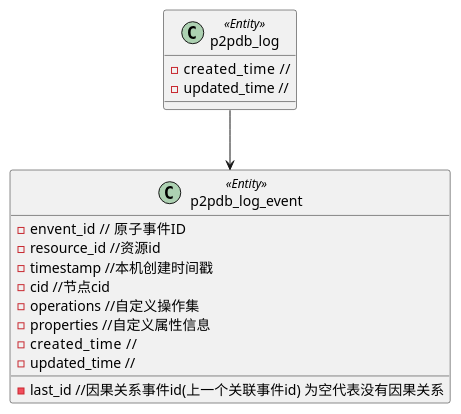
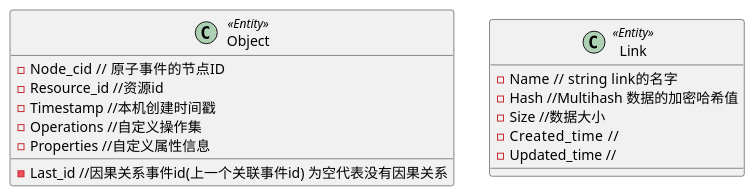
Before and after one commit to Rock-Lee-520/p2pdb-log: the diagram in doc/entity/db.puml, drawn with PlantUML. The commit also changed 11 other files, not shown here.

```diff
--- a/doc/entity/db.puml
+++ b/doc/entity/db.puml
@@ -1,20 +1,21 @@
 @startuml
-class p2pdb_log <<Entity>> {
-    - created_time   //
-    - updated_time //
+
+class Object <<Entity>> {
+    - Node_cid  // 原子事件的节点ID
+    - Resource_id //资源id
+    - Timestamp //本机创建时间戳
+    - Last_id //因果关系事件id(上一个关联事件id) 为空代表没有因果关系
+    - Operations //自定义操作集
+    - Properties //自定义属性信息
 }
 
-class p2pdb_log_event <<Entity>> {
-    - envent_id  // 原子事件ID
-    - resource_id //资源id
-    - timestamp //本机创建时间戳
-    - cid //节点cid
-    - last_id //因果关系事件id(上一个关联事件id) 为空代表没有因果关系
-    - operations //自定义操作集
-    - properties //自定义属性信息
-    - created_time   //
-    - updated_time //
+class Link <<Entity>> {
+    - Name  // string link的名字
+    - Hash //Multihash 数据的加密哈希值
+    - Size //数据大小
+    - Created_time   //
+    - Updated_time //
 }
 
-p2pdb_log --> p2pdb_log_event
+' p2pdb_log --> p2pdb_log_event
 @enduml
```
